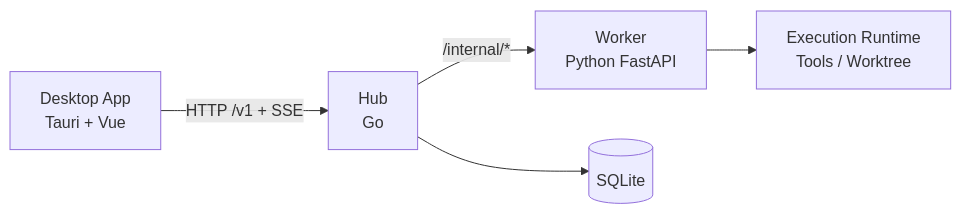
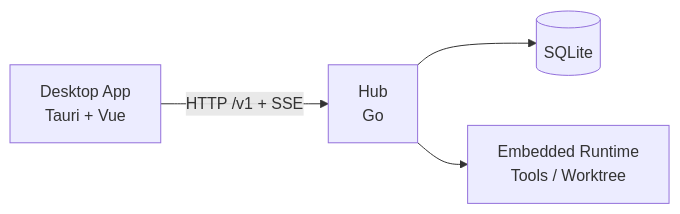
One commit to GoyacJ/Goyais changed the diagram in README.md. Above: the diagram before and after it, drawn with Mermaid. The commit also changed other lines of this file and 121 other files, not shown here.

Commit message:
feat: complete hub go runtime refactor and hub-only cutover

````diff
--- a/README.md
+++ b/README.md
@@ -77,7 +76,6 @@
 ```mermaid
 flowchart LR
   UI[Desktop App\nTauri + Vue] -->|HTTP /v1 + SSE| HUB[Hub\nGo]
-  HUB -->|/internal/*| WORKER[Worker\nPython FastAPI]
   HUB --> DB[(SQLite)]
-  WORKER --> WT[Execution Runtime\nTools / Worktree]
+  HUB --> RT[Embedded Runtime\nTools / Worktree]
 ```
````
